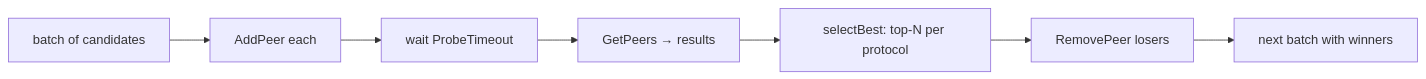
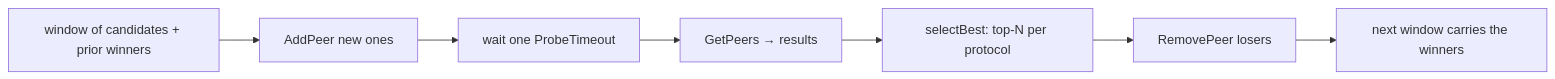
The second of 2 diagrams in mod/peermgr/README.md (voluminor/ratatoskr), drawn with Mermaid before and after one commit. The commit also changed other lines of this file and 52 other files, not shown here.

````diff
--- a/mod/peermgr/README.md
+++ b/mod/peermgr/README.md
@@ -95,9 +92,9 @@
 ```mermaid
 flowchart LR
-    Batch["batch of candidates"] --> AddPeer["AddPeer each"]
-    AddPeer --> Wait["wait ProbeTimeout"]
+    Window["window of candidates + prior winners"] --> AddPeer["AddPeer new ones"]
+    AddPeer --> Wait["wait one ProbeTimeout"]
     Wait --> GetPeers["GetPeers → results"]
     GetPeers --> Select["selectBest: top-N per protocol"]
     Select --> Remove["RemovePeer losers"]
-    Remove --> Next["next batch with winners"]
+    Remove --> Next["next window carries the winners"]
 ```
````
